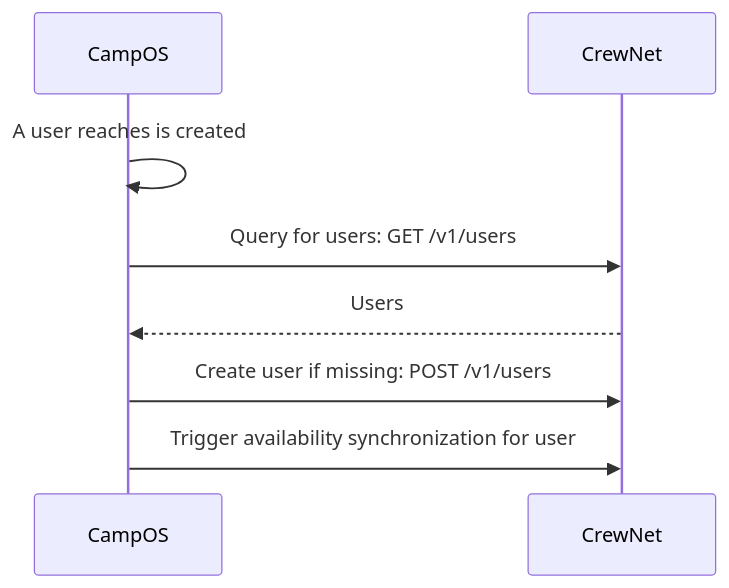
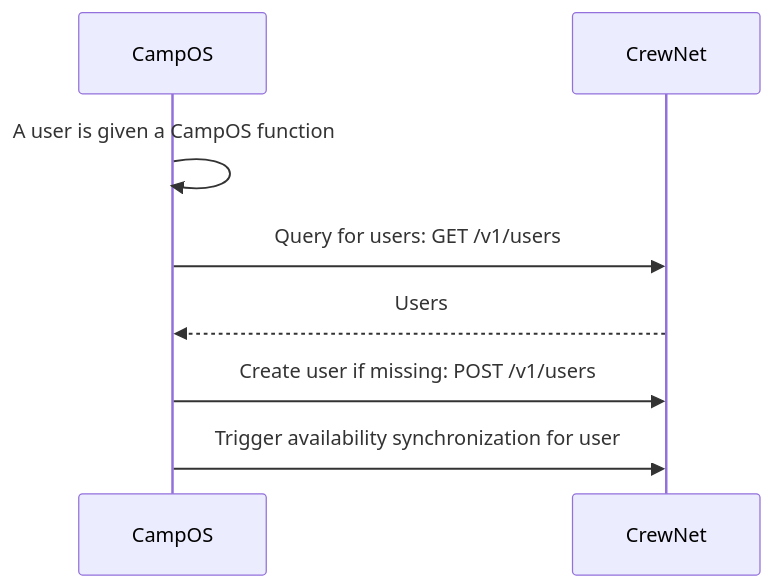
One commit to Spejderneslejr/crewnet-integration changed the second of 6 diagrams in docs/flow.md. Above: the diagram before and after it, drawn with Mermaid. The commit also changed other lines of this file, not shown here.

Commit message:
Updated flow documentation

````diff
--- a/docs/flow.md
+++ b/docs/flow.md
@@ -52,12 +51,12 @@
 ```mermaid
 sequenceDiagram
     participant campos as CampOS
     participant crewnet as CrewNet
 
-campos ->> campos: A user reaches is created
+campos ->> campos: A user is given a CampOS function
 campos ->> crewnet: Query for users: GET /v1/users
 crewnet -->> campos: Users
 campos ->> crewnet: Create user if missing: POST /v1/users
 campos ->> crewnet: Trigger availability synchronization for user
 
 ```
````
